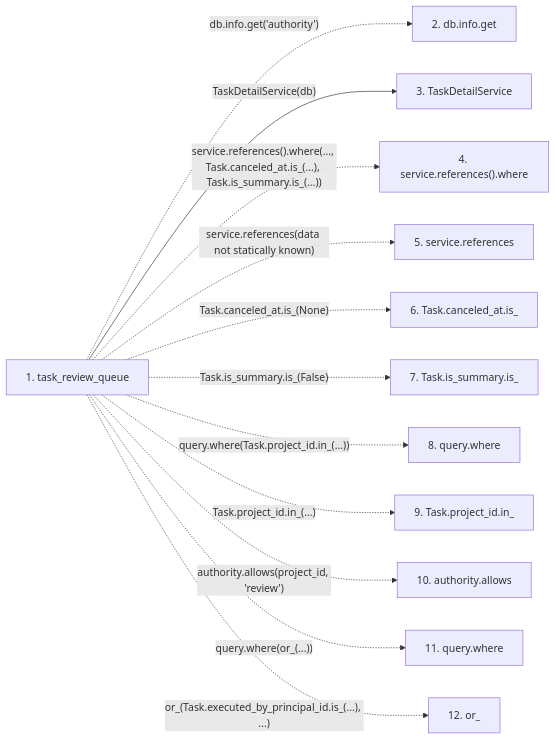
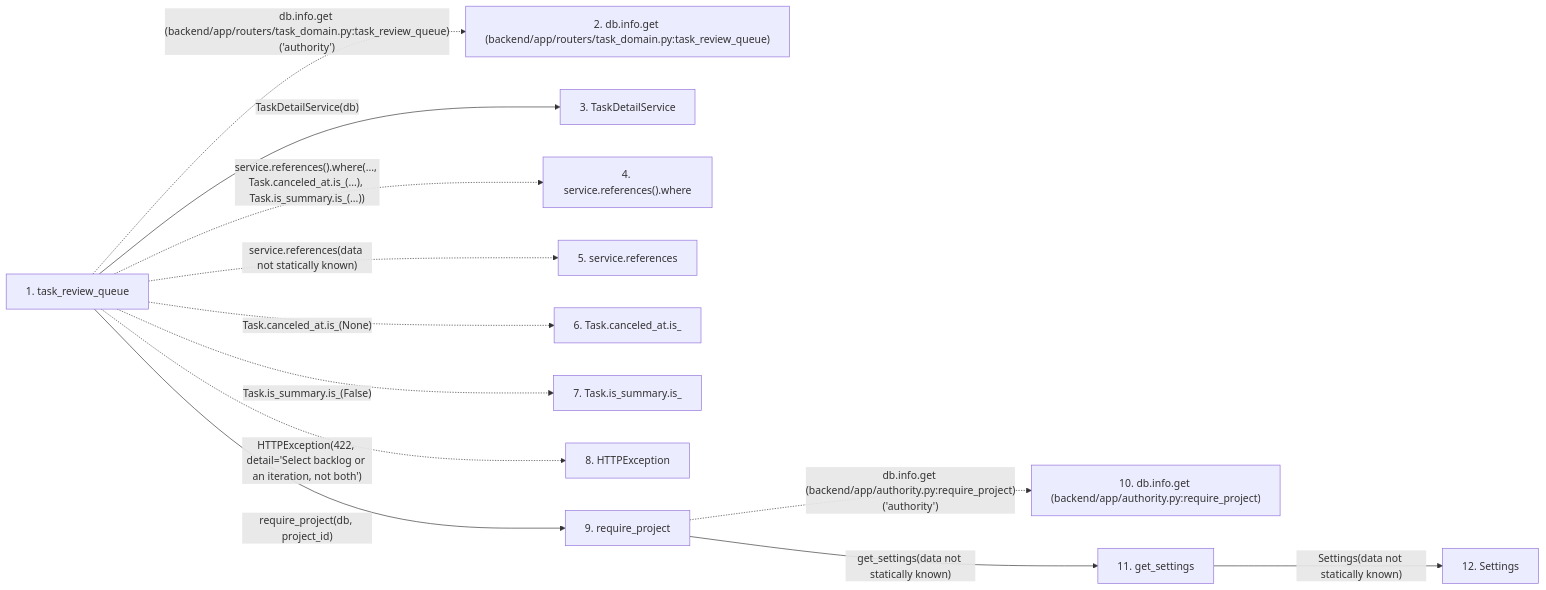
Before and after one commit to Denissvgn/WorkChord: the second of 2 diagrams in docs/llm_wiki/flows/http-task_review_queue.md, drawn with Mermaid. The commit also changed other lines of this file and 6624 other files, not shown here.

````diff
--- a/docs/llm_wiki/flows/http-task_review_queue.md
+++ b/docs/llm_wiki/flows/http-task_review_queue.md
@@ -50,28 +70,31 @@
 ```mermaid
 flowchart LR
     s1["1. task_review_queue"]
-    s2["2. db.info.get"]
+    s2["2. db.info.get (backend/app/routers/task_domain.py:task_review_queue)"]
     s3["3. TaskDetailService"]
     s4["4. service.references().where"]
     s5["5. service.references"]
     s6["6. Task.canceled_at.is_"]
     s7["7. Task.is_summary.is_"]
-    s8["8. query.where"]
-    s9["9. Task.project_id.in_"]
-    s10["10. authority.allows"]
-    s11["11. query.where"]
-    s12["12. or_"]
-    s1 -. "db.info.get('authority')" .-> s2
+    s8["8. HTTPException"]
+    s9["9. require_project"]
+    s10["10. db.info.get (backend/app/authority.py:require_project)"]
+    s11["11. get_settings"]
+    s12["12. Settings"]
+    s1 -. "db.info.get (backend/app/routers/task_domain.py:task_review_queue)('authority')" .-> s2
     s1 -->|"TaskDetailService(db)"| s3
     s1 -. "service.references().where(..., Task.canceled_at.is_(...), Task.is_summary.is_(...))" .-> s4
     s1 -. "service.references(data not statically known)" .-> s5
     s1 -. "Task.canceled_at.is_(None)" .-> s6
     s1 -. "Task.is_summary.is_(False)" .-> s7
-    s1 -. "query.where(Task.project_id.in_(...))" .-> s8
-    s1 -. "Task.project_id.in_(...)" .-> s9
-    s1 -. "authority.allows(project_id, 'review')" .-> s10
-    s1 -. "query.where(or_(...))" .-> s11
-    s1 -. "or_(Task.executed_by_principal_id.is_(...), ...)" .-> s12
+    s1 -. "HTTPException(422, detail='Select backlog or an iteration, not both')" .-> s8
+    s1 -->|"require_project(db, project_id)"| s9
+    s9 -. "db.info.get (backend/app/authority.py:require_project)('authority')" .-> s10
+    s9 -->|"get_settings(data not statically known)"| s11
+    s11 -->|"Settings(data not statically known)"| s12
     click s1 "../modules/routers_task_domain.md"
     click s3 "../modules/task_detail_service.md"
+    click s9 "../modules/authority.md"
+    click s11 "../modules/config.md"
+    click s12 "../modules/config.md"
 ```
````
